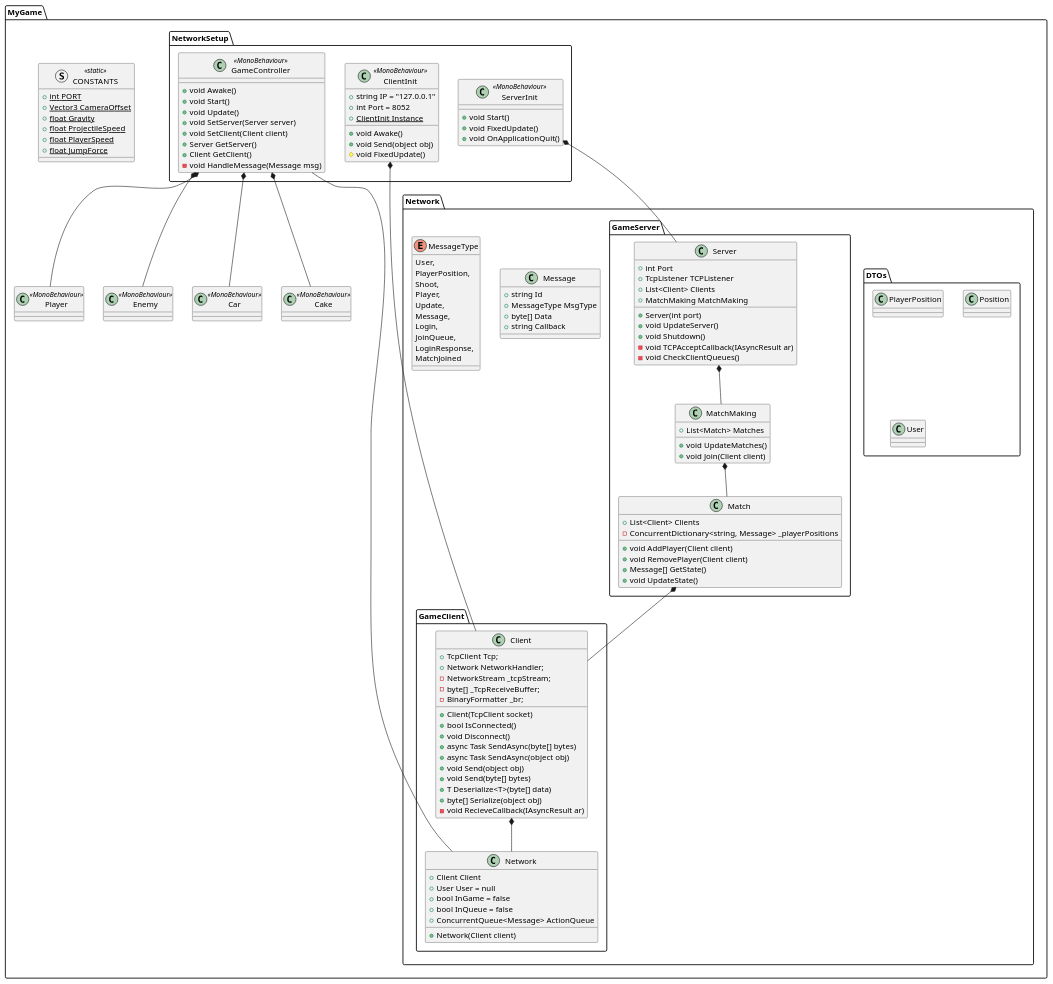
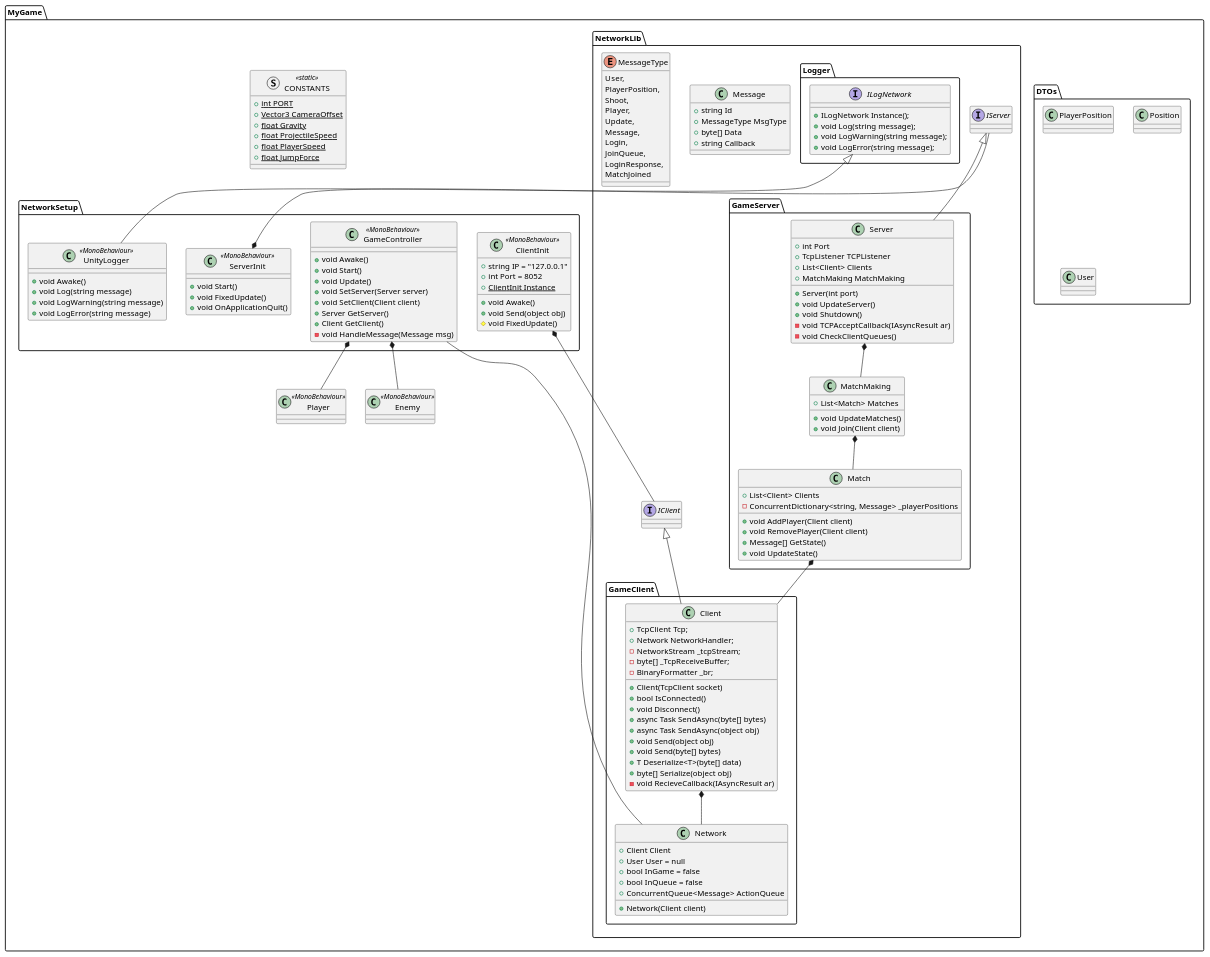
One commit to mjesper90/Network changed the diagram in Assets/Docs/Network.puml. Above: the diagram before and after it, drawn with PlantUML.

Commit message:
Ugly but functional

```diff
--- a/Assets/Docs/Network.puml
+++ b/Assets/Docs/Network.puml
@@ -1,151 +1,160 @@
 @startuml
 
 set separator ::
 namespace MyGame{
-    namespace Network{
-        namespace DTOs{
-            class PlayerPosition{}
-            class Position{}
-            class User{}
+    namespace DTOs{
+        class PlayerPosition{}
+        class Position{}
+        class User{}
+    }
+    namespace NetworkLib{
+        interface IClient{}
+        interface IServer{}
+        namespace Logger{
+            interface ILogNetwork{
+                + ILogNetwork Instance();
+                + void Log(string message);
+                + void LogWarning(string message);
+                + void LogError(string message);
+            }
         }
         namespace GameClient{
             class Client {
                 + TcpClient Tcp;
                 + Network NetworkHandler;
                 - NetworkStream _tcpStream;
                 - byte[] _TcpReceiveBuffer;
                 - BinaryFormatter _br;
                 + Client(TcpClient socket)
                 + bool IsConnected()
                 + void Disconnect()
                 + async Task SendAsync(byte[] bytes)
                 + async Task SendAsync(object obj)
                 + void Send(object obj)
                 + void Send(byte[] bytes)
                 + T Deserialize<T>(byte[] data)
                 + byte[] Serialize(object obj)
                 - void RecieveCallback(IAsyncResult ar)
             }
             class Network {
                 + Client Client
                 + User User = null
                 + bool InGame = false
                 + bool InQueue = false
                 + ConcurrentQueue<Message> ActionQueue
                 + Network(Client client)
             }
         }
         namespace GameServer{
             class Server{
                 + int Port
                 + TcpListener TCPListener
                 + List<Client> Clients
                 + MatchMaking MatchMaking
                 + Server(int port)
                 + void UpdateServer()
                 + void Shutdown()
                 - void TCPAcceptCallback(IAsyncResult ar)
                 - void CheckClientQueues()
             }
             class Match{
                 + List<Client> Clients
                 - ConcurrentDictionary<string, Message> _playerPositions
                 + void AddPlayer(Client client)
                 + void RemovePlayer(Client client)
                 + Message[] GetState()
                 + void UpdateState()
             }
             class MatchMaking{
                 + List<Match> Matches
                 + void UpdateMatches()
                 + void Join(Client client)
             }
         }
-
         class Message{
             + string Id
             + MessageType MsgType
             + byte[] Data
             + string Callback
         }
         enum MessageType{
             User,
             PlayerPosition,
             Shoot,
             Player,
             Update,
             Message,
             Login,
             JoinQueue,
             LoginResponse,
             MatchJoined
         }
     }
 
     struct CONSTANTS <<static>> {
         + {static} int PORT
         + {static} Vector3 CameraOffset
         + {static} float Gravity
         + {static} float ProjectileSpeed
         + {static} float PlayerSpeed
         + {static} float JumpForce
     }
 
-
     class Player <<MonoBehaviour>>{
 
     }
     class Enemy <<MonoBehaviour>>{
-
-    }
-    class Car <<MonoBehaviour>>{
-
-    }
-
-    class Cake <<MonoBehaviour>>{
 
     }
     namespace NetworkSetup{
         class GameController <<MonoBehaviour>>{
             + void Awake()
             + void Start()
             + void Update()
             + void SetServer(Server server)
             + void SetClient(Client client)
             + Server GetServer()
             + Client GetClient()
             - void HandleMessage(Message msg)
         }
         class ClientInit <<MonoBehaviour>>{
             + string IP = "127.0.0.1"
             + int Port = 8052
             + {static} ClientInit Instance
             + void Awake()
             + void Send(object obj)
             # void FixedUpdate()
         }
         class ServerInit <<MonoBehaviour>>{
             + void Start()
             + void FixedUpdate()
             + void OnApplicationQuit()
         }
+        class UnityLogger <<MonoBehaviour>>{
+            + void Awake()
+            + void Log(string message)
+            + void LogWarning(string message)
+            + void LogError(string message)
+        }
     }
 }
 
 
-MyGame::Network::GameClient::Client *-- MyGame::Network::GameClient::Network
+MyGame::NetworkLib::GameClient::Client *-- MyGame::NetworkLib::GameClient::Network
 MyGame::NetworkSetup::GameController *-- MyGame::Enemy
 MyGame::NetworkSetup::GameController *-- MyGame::Player
-MyGame::NetworkSetup::GameController *-- MyGame::Car
-MyGame::NetworkSetup::GameController *-- MyGame::Cake
-MyGame::NetworkSetup::GameController -- MyGame::Network::GameClient::Network
+MyGame::NetworkSetup::GameController -- MyGame::NetworkLib::GameClient::Network
 
-MyGame::NetworkSetup::ClientInit *-- MyGame::Network::GameClient::Client
-MyGame::NetworkSetup::ServerInit *-- MyGame::Network::GameServer::Server
+MyGame::NetworkSetup::ClientInit *-- MyGame::NetworkLib::IClient
+MyGame::NetworkSetup::ServerInit *-- MyGame::NetworkLib::IServer
 
-MyGame::Network::GameServer::Server *-- MyGame::Network::GameServer::MatchMaking
-MyGame::Network::GameServer::MatchMaking *-- MyGame::Network::GameServer::Match
-MyGame::Network::GameServer::Match *-- MyGame::Network::GameClient::Client
+MyGame::NetworkLib::GameServer::Server *-- MyGame::NetworkLib::GameServer::MatchMaking
+MyGame::NetworkLib::GameServer::MatchMaking *-- MyGame::NetworkLib::GameServer::Match
+MyGame::NetworkLib::GameServer::Match *-- MyGame::NetworkLib::GameClient::Client
 
+MyGame::NetworkLib::Logger::ILogNetwork <|-- MyGame::NetworkSetup::UnityLogger
+
+MyGame::NetworkLib::IClient <|-- MyGame::NetworkLib::GameClient::Client
+MyGame::NetworkLib::IServer <|-- MyGame::NetworkLib::GameServer::Server
 
 @enduml
```
